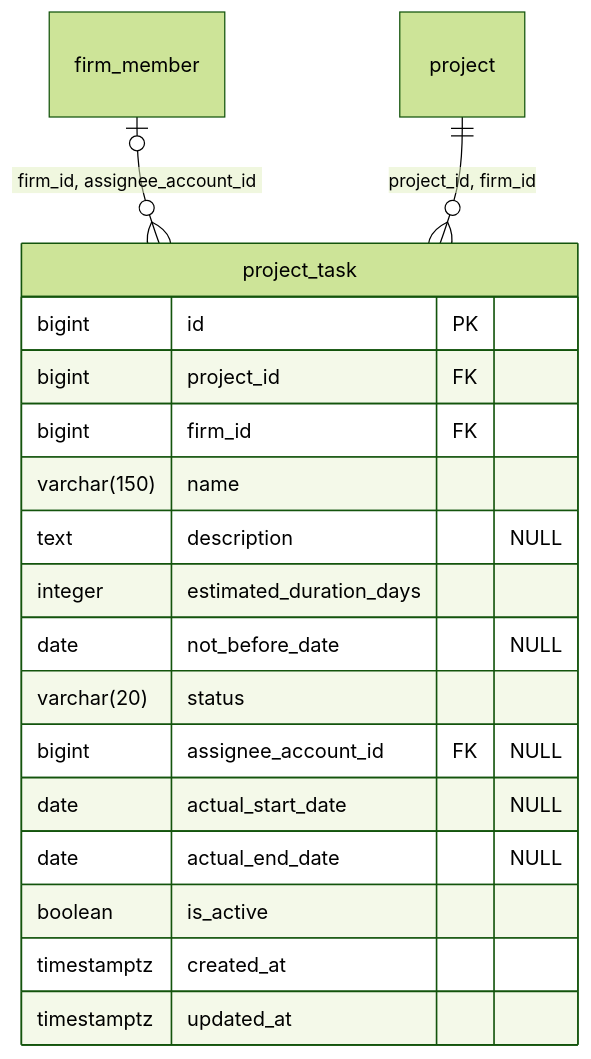
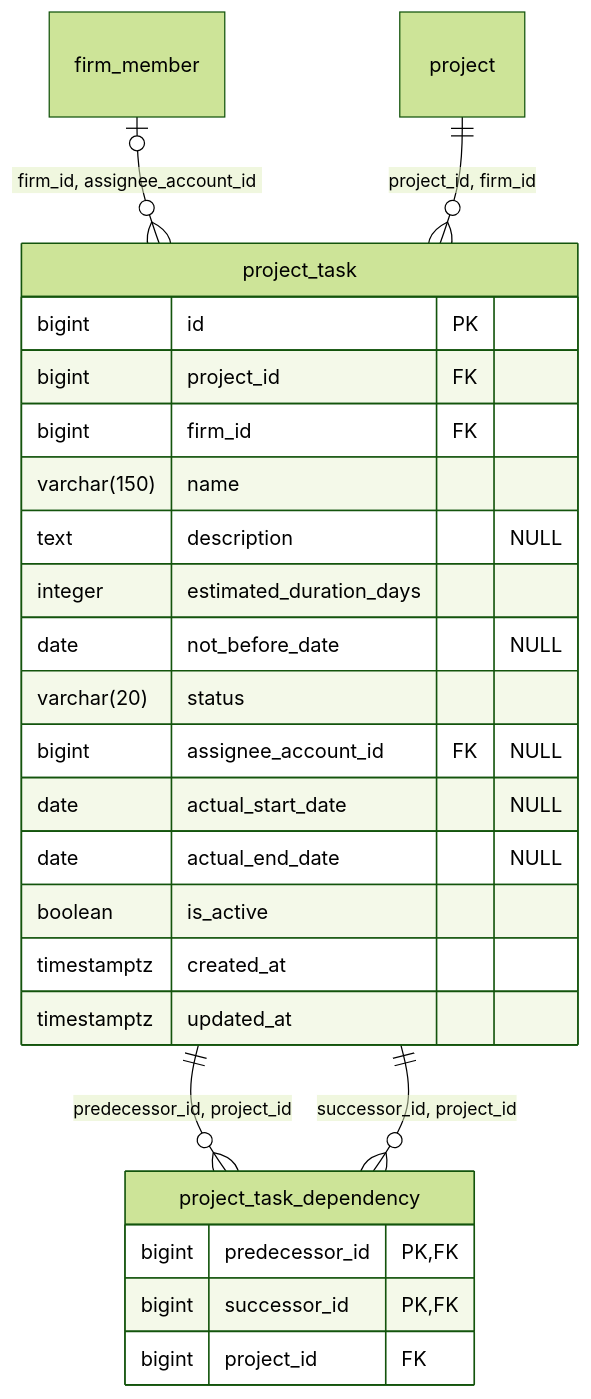
Before and after one commit to uca-argentina/pid-2026-doblews: the fifth of 6 diagrams in docs/der.md, drawn with Mermaid (forest theme). The commit also changed other lines of this file and 4 other files, not shown here.

Commit message:
feat: add project_task_dependency schema and regenerate ERD

````diff
--- a/docs/der.md
+++ b/docs/der.md
@@ -444,22 +451,29 @@
 ```mermaid
 erDiagram
     project_task {
         bigint id PK
         bigint project_id FK
         bigint firm_id FK
         varchar(150) name
         text description "NULL"
         integer estimated_duration_days
         date not_before_date "NULL"
         varchar(20) status
         bigint assignee_account_id FK "NULL"
         date actual_start_date "NULL"
         date actual_end_date "NULL"
         boolean is_active
         timestamptz created_at
         timestamptz updated_at
     }
+    project_task_dependency {
+        bigint predecessor_id PK, FK
+        bigint successor_id PK, FK
+        bigint project_id FK
+    }
 
     firm_member |o--o{ project_task : "firm_id, assignee_account_id"
     project ||--o{ project_task : "project_id, firm_id"
+    project_task ||--o{ project_task_dependency : "predecessor_id, project_id"
+    project_task ||--o{ project_task_dependency : "successor_id, project_id"
 ```
````
